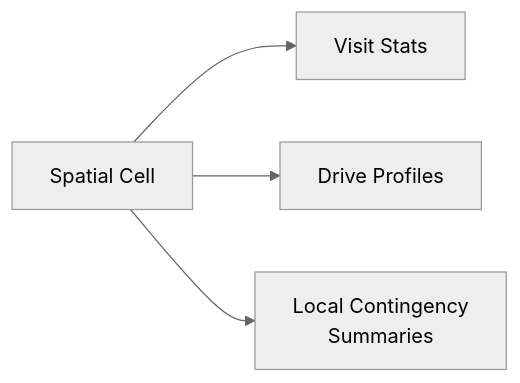
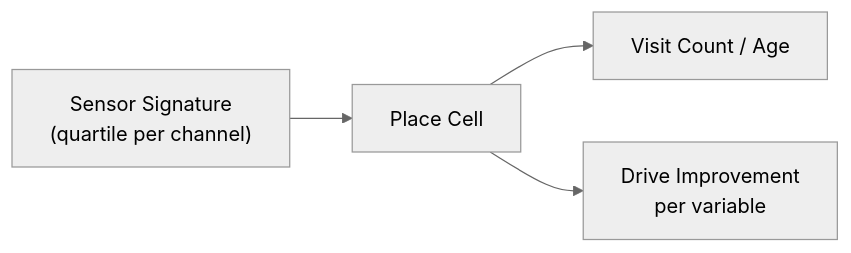
Before and after one commit to sloev/emergent: the second of 5 diagrams in docs/synth-behavior.md, drawn with Mermaid (neutral theme). The commit also changed other lines of this file and 4 other files, not shown here.

````diff
--- a/docs/synth-behavior.md
+++ b/docs/synth-behavior.md
@@ -408,11 +419,11 @@
 ```mermaid
 graph LR
-    cell["Spatial Cell"]
-    vstat["Visit Stats"]
-    dprof["Drive Profiles"]
-    csum["Local Contingency<br/>Summaries"]
+    sig["Sensor Signature<br/>(quartile per channel)"]
+    cell["Place Cell"]
+    vstat["Visit Count / Age"]
+    dimp["Drive Improvement<br/>per variable"]
 
+    sig --> cell
     cell --> vstat
-    cell --> dprof
-    cell --> csum
+    cell --> dimp
 ```
````
